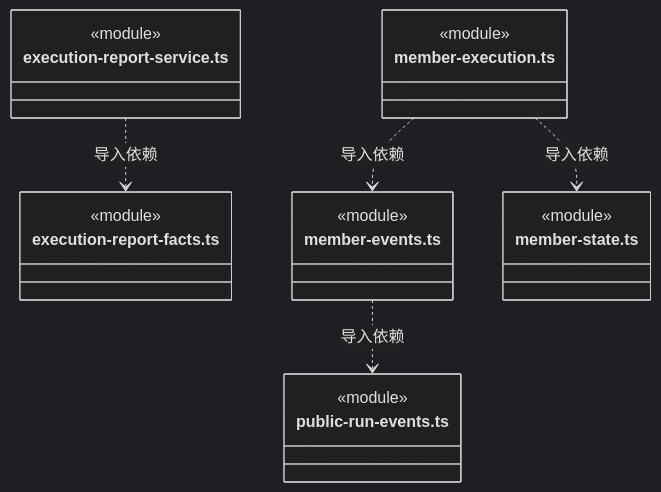
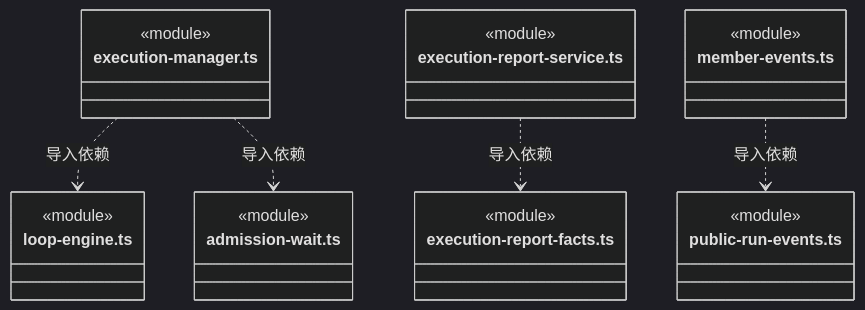
One commit to nan023062/cbim changed diagram 36 of 42 in src/backend/scheduler-engine/execution/ARCHITECTURE.md. Above: the diagram before and after it, drawn with Mermaid (dark theme). The commit also changed other lines of this file and 70 other files, not shown here.

````diff
--- a/src/backend/scheduler-engine/execution/ARCHITECTURE.md
+++ b/src/backend/scheduler-engine/execution/ARCHITECTURE.md
@@ -955,25 +989,28 @@
 ```mermaid
 classDiagram
+class N_src_backend_scheduler_engine_execution_execution_manager_ts["execution-manager.ts"] {
+  <<module>>
+}
+class N_src_backend_scheduler_engine_execution_loop_engine_ts["loop-engine.ts"] {
+  <<module>>
+}
+class N_src_backend_scheduler_engine_execution_admission_wait_ts["admission-wait.ts"] {
+  <<module>>
+}
 class N_src_backend_scheduler_engine_execution_execution_report_service_ts["execution-report-service.ts"] {
   <<module>>
 }
 class N_src_backend_scheduler_engine_execution_execution_report_facts_ts["execution-report-facts.ts"] {
   <<module>>
 }
 class N_src_backend_scheduler_engine_execution_member_events_ts["member-events.ts"] {
   <<module>>
 }
 class N_src_backend_scheduler_engine_execution_public_run_events_ts["public-run-events.ts"] {
   <<module>>
 }
-class N_src_backend_scheduler_engine_execution_member_execution_ts["member-execution.ts"] {
-  <<module>>
-}
-class N_src_backend_scheduler_engine_execution_member_state_ts["member-state.ts"] {
-  <<module>>
-}
+N_src_backend_scheduler_engine_execution_execution_manager_ts ..> N_src_backend_scheduler_engine_execution_loop_engine_ts : 导入依赖
+N_src_backend_scheduler_engine_execution_execution_manager_ts ..> N_src_backend_scheduler_engine_execution_admission_wait_ts : 导入依赖
 N_src_backend_scheduler_engine_execution_execution_report_service_ts ..> N_src_backend_scheduler_engine_execution_execution_report_facts_ts : 导入依赖
 N_src_backend_scheduler_engine_execution_member_events_ts ..> N_src_backend_scheduler_engine_execution_public_run_events_ts : 导入依赖
-N_src_backend_scheduler_engine_execution_member_execution_ts ..> N_src_backend_scheduler_engine_execution_member_state_ts : 导入依赖
-N_src_backend_scheduler_engine_execution_member_execution_ts ..> N_src_backend_scheduler_engine_execution_member_events_ts : 导入依赖
 ```
````
